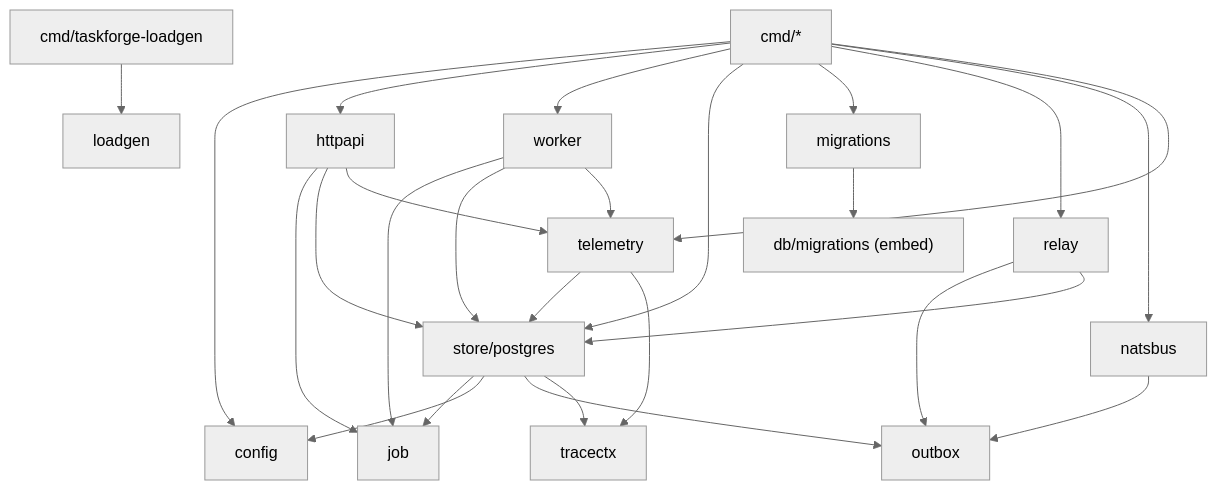
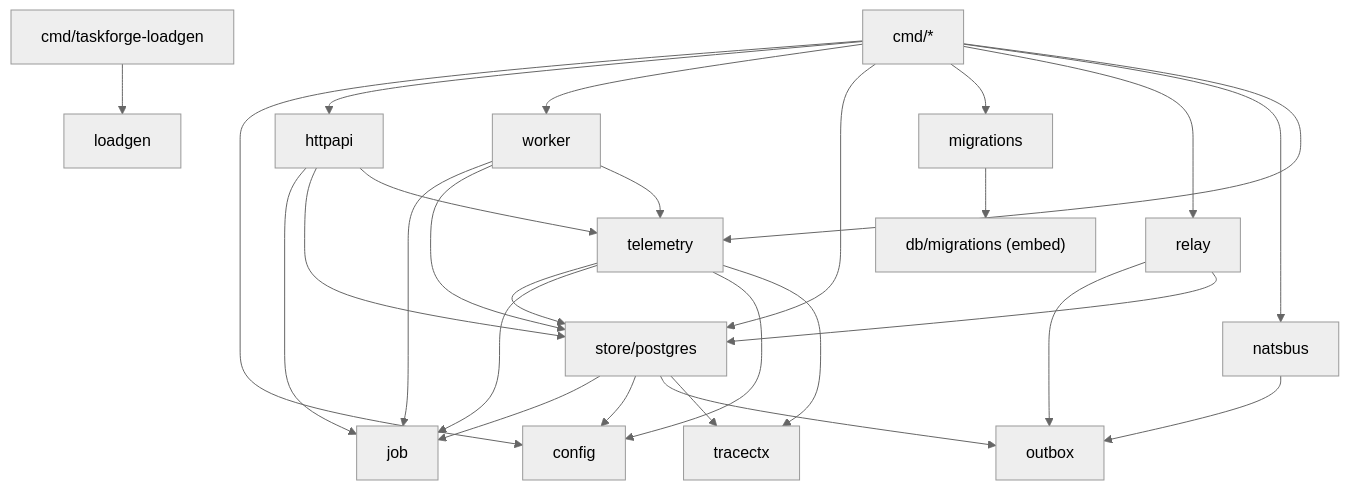
One commit to Nuryanfa/TaskForge changed the second of 9 diagrams in docs/DESIGN.md. Above: the diagram before and after it, drawn with Mermaid (neutral theme). The commit also changed 13 other files, not shown here.

````diff
--- a/docs/DESIGN.md
+++ b/docs/DESIGN.md
@@ -106,28 +106,30 @@
 ```mermaid
 flowchart TD
     cmd["cmd/*"] --> config
     cmd --> httpapi
     cmd --> worker
     cmd --> postgres["store/postgres"]
     cmd --> migrations
     httpapi --> job
     httpapi --> postgres
     worker --> job
     worker --> postgres
     postgres --> job
     postgres --> config
     migrations --> dbm["db/migrations (embed)"]
     cmd --> relay
     cmd --> natsbus
     relay --> outbox
     relay --> postgres
     natsbus --> outbox
     postgres --> outbox
     cmd --> telemetry
     httpapi --> telemetry
     worker --> telemetry
     telemetry --> postgres
+    telemetry --> job
+    telemetry --> config
     telemetry --> tracectx
     postgres --> tracectx
     loadgencmd["cmd/taskforge-loadgen"] --> loadgen
 ```
````
